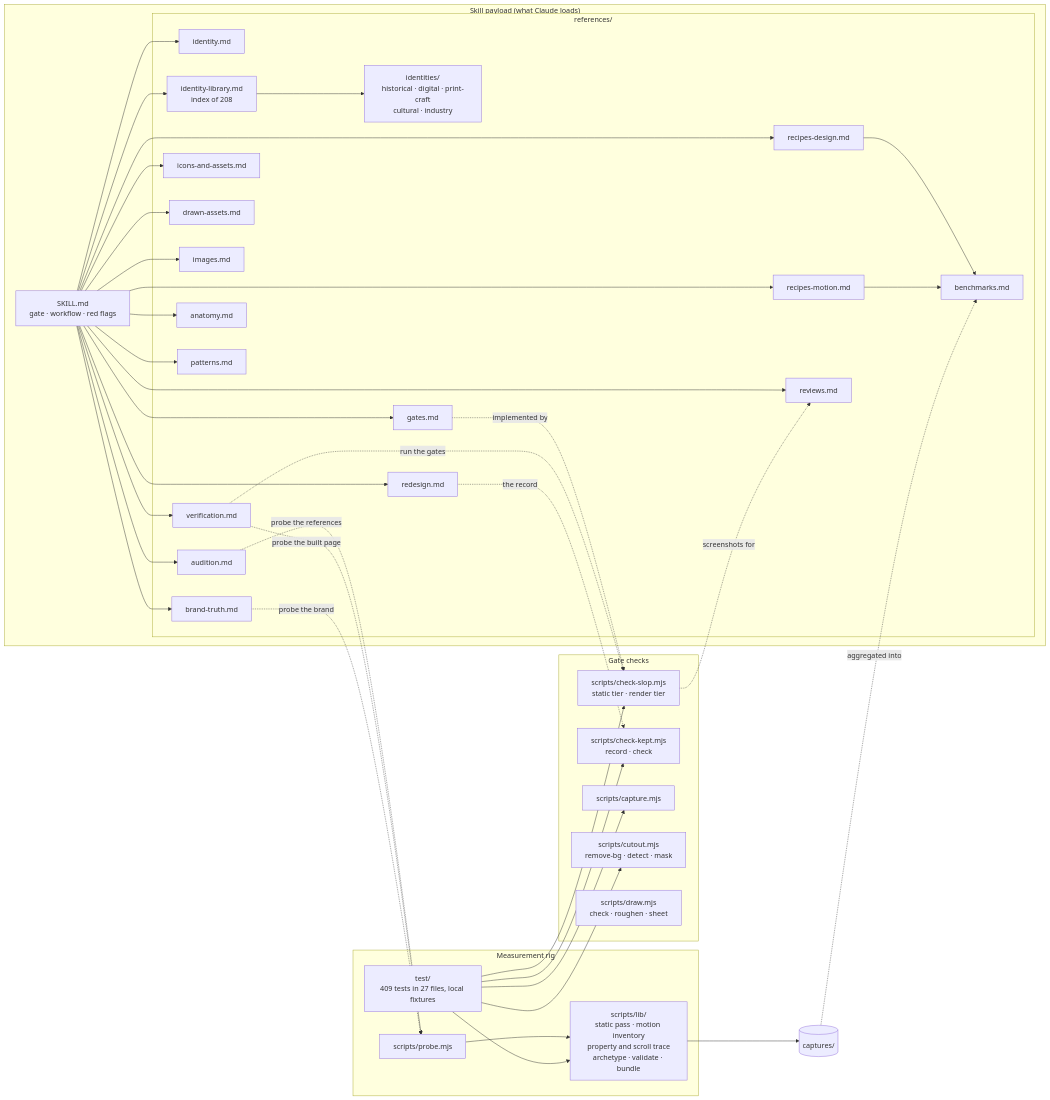
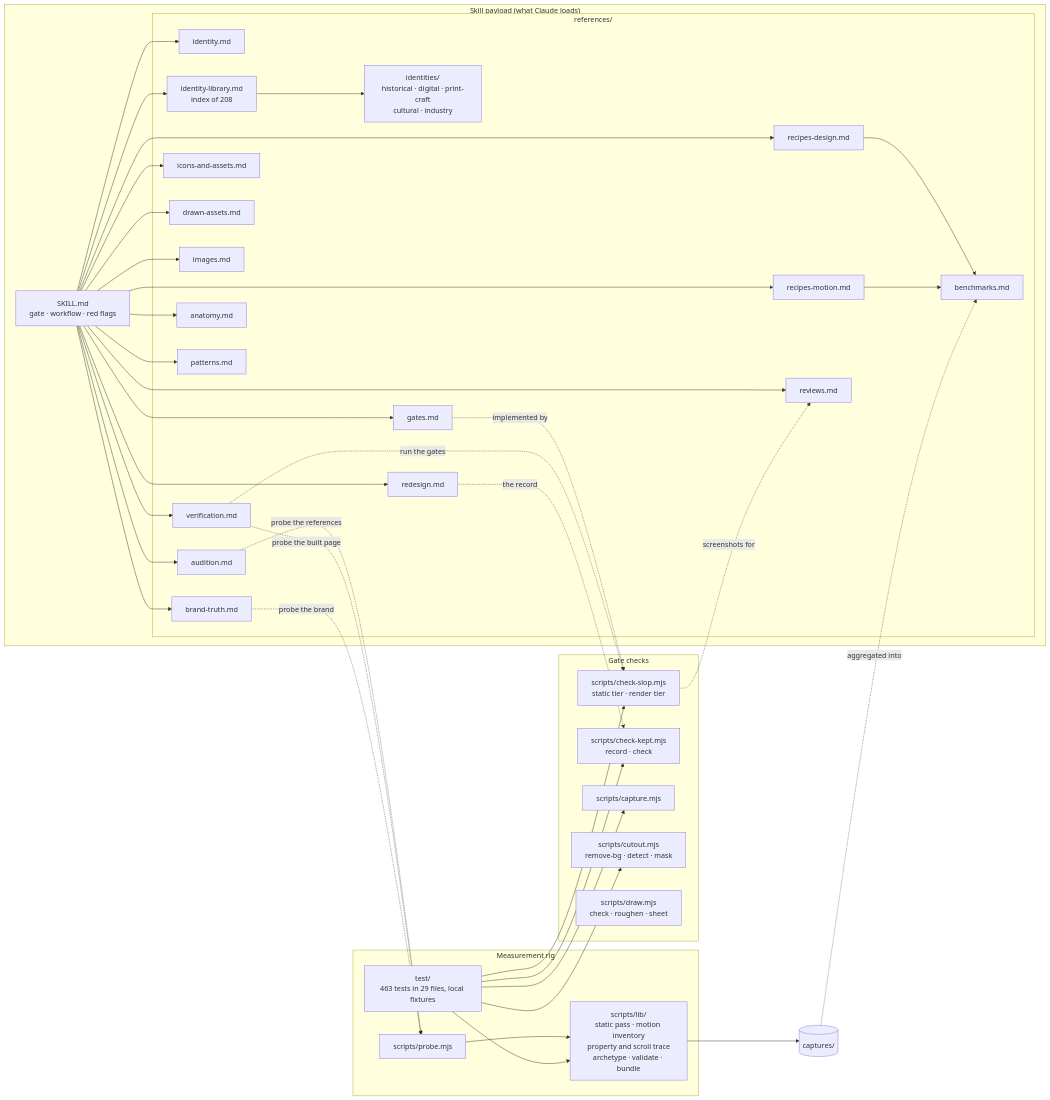
Before and after one commit to jounimn/df-design: the second of 2 diagrams in README.md, drawn with Mermaid. The commit also changed other lines of this file and 1 other file, not shown here.

````diff
--- a/README.md
+++ b/README.md
@@ -183,51 +183,51 @@
 ```mermaid
 flowchart LR
     subgraph Skill["Skill payload (what Claude loads)"]
         SK["SKILL.md<br/>gate · workflow · red flags"]
         subgraph Refs["references/"]
             ID["identity.md"]
             AUD["audition.md"]
             LIB["identity-library.md<br/>index of 208"]
             FAM["identities/<br/>historical · digital · print-craft<br/>cultural · industry"]
             RD["recipes-design.md"]
             RM["recipes-motion.md"]
             IC["icons-and-assets.md"]
             DRA["drawn-assets.md"]
             IMG["images.md"]
             VER["verification.md"]
             BEN["benchmarks.md"]
             ANA["anatomy.md"]
             GAT["gates.md"]
             PAT["patterns.md"]
             REV["reviews.md"]
             RED["redesign.md"]
             BRT["brand-truth.md"]
         end
     end
     subgraph Rig["Measurement rig"]
         PRB["scripts/probe.mjs"]
         LIBS["scripts/lib/<br/>static pass · motion inventory<br/>property and scroll trace<br/>archetype · validate · bundle"]
-        TST["test/<br/>409 tests in 27 files, local fixtures"]
+        TST["test/<br/>463 tests in 29 files, local fixtures"]
     end
     subgraph Gates["Gate checks"]
         CSL["scripts/check-slop.mjs<br/>static tier · render tier"]
         CKP["scripts/check-kept.mjs<br/>record · check"]
         CPT["scripts/capture.mjs"]
         CUT["scripts/cutout.mjs<br/>remove-bg · detect · mask"]
         DRW["scripts/draw.mjs<br/>check · roughen · sheet"]
     end
     SK --> ID & AUD & LIB & RD & RM & IC & DRA & IMG & VER & ANA & GAT & PAT & REV & RED & BRT
     LIB --> FAM
     RD & RM --> BEN
     PRB --> LIBS
     LIBS --> CAP[("captures/")]
     CAP -. "aggregated into" .-> BEN
     AUD -. "probe the references" .-> PRB
     VER -. "probe the built page" .-> PRB
     GAT -. "implemented by" .-> CSL
     VER -. "run the gates" .-> CSL
     RED -. "the record" .-> CKP
     BRT -. "probe the brand" .-> PRB
     CSL -. "screenshots for" .-> REV
     TST --> LIBS & CSL & CKP & CPT & CUT
 ```
````
